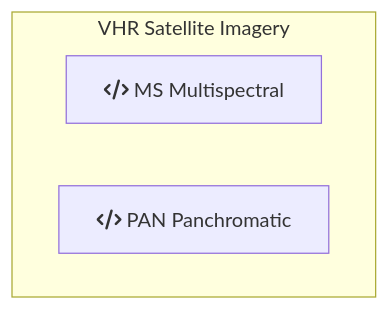
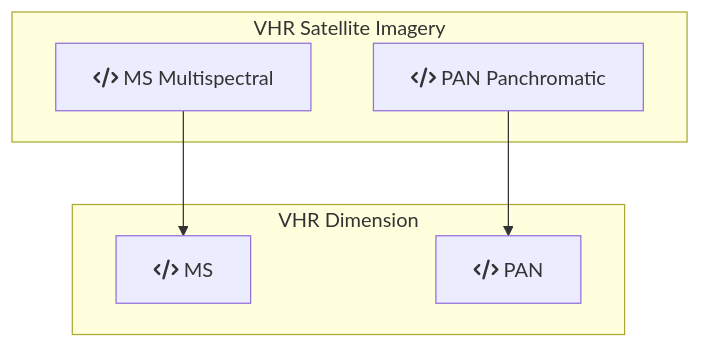
The diagram in Pleiades/test.md (DippoldEJ/Satellite-Datasets), drawn with Mermaid before and after one commit.

````diff
--- a/Pleiades/test.md
+++ b/Pleiades/test.md
@@ -7,9 +7,16 @@
 ```mermaid
 flowchart TD;
 
 subgraph VHR Satellite Imagery
     a[fa:fa-code MS Multispectral]
     b[fa:fa-code PAN Panchromatic]
     end
 
+subgraph VHR Dimension
+    c[fa:fa-code MS]
+    d[fa:fa-code PAN ]
+    end
+
+a --> c
+b --> d
 ```
````
